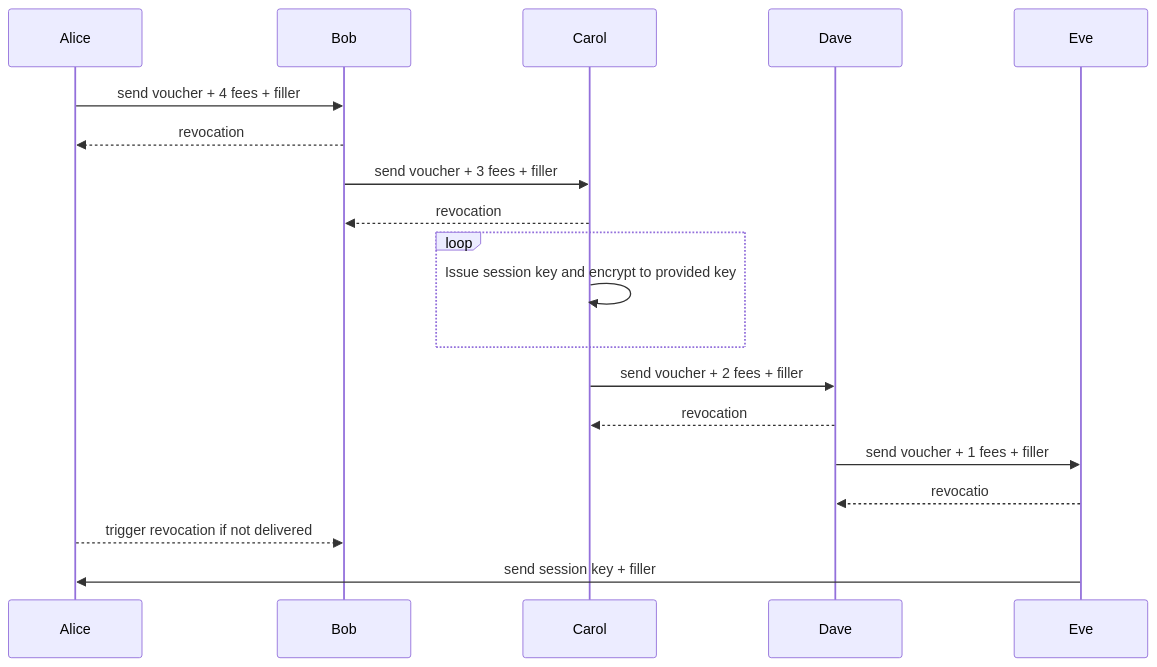
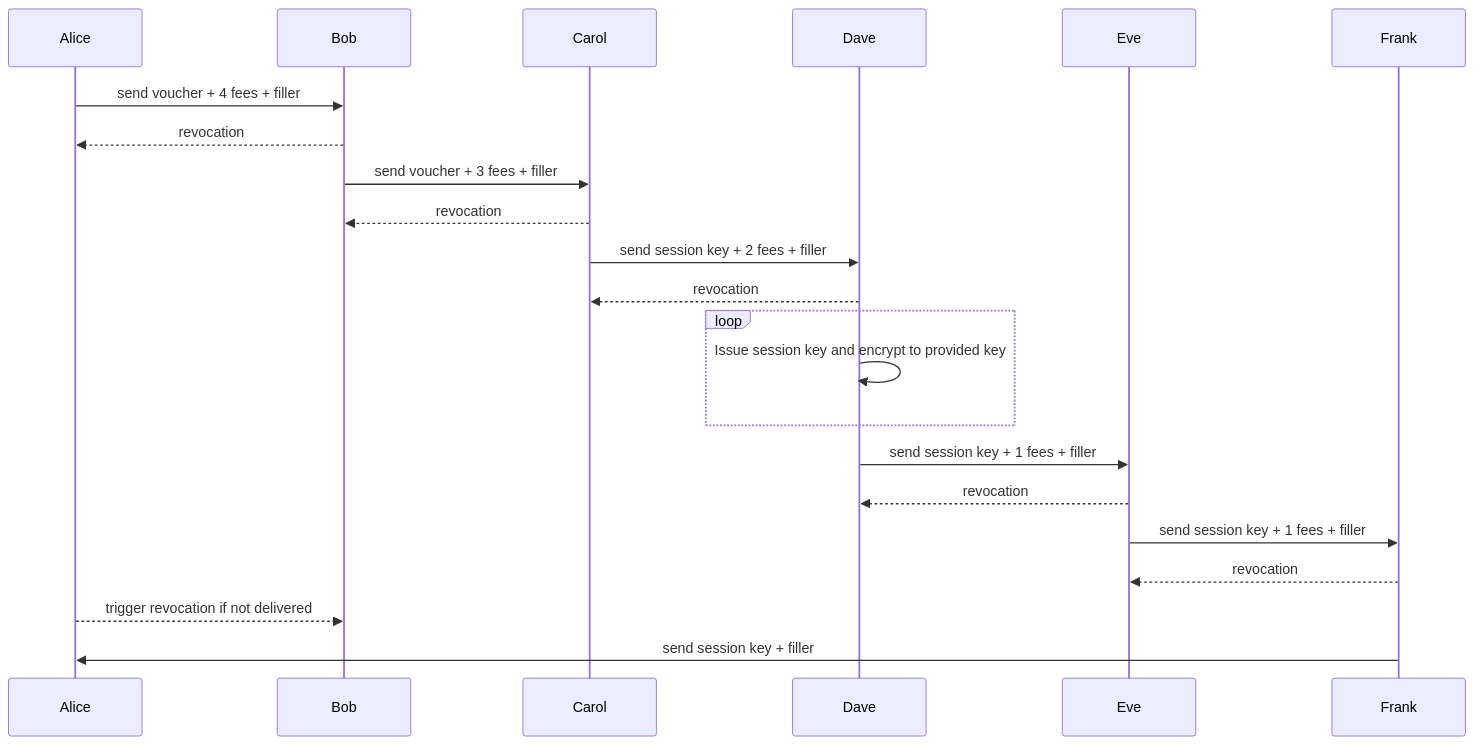
One commit to indra-labs/indra changed the second of 2 diagrams in doc/whitepaper.md. Above: the diagram before and after it, drawn with Mermaid. The commit also changed other lines of this file and 1 other file, not shown here.

````diff
--- a/doc/whitepaper.md
+++ b/doc/whitepaper.md
@@ -129,18 +131,19 @@
 ```mermaid
   sequenceDiagram
     Alice->>Bob: send voucher + 4 fees + filler
     Bob-->>Alice: revocation
     Bob->>Carol: send voucher + 3 fees + filler
     Carol-->>Bob: revocation
+    Carol->>Dave: send session key + 2 fees + filler
+    Dave-->>Carol: revocation
     loop
-    	Carol->>Carol: Issue session key and encrypt to provided key
+    	Dave->>Dave: Issue session key and encrypt to provided key
     end
-    Carol->>Dave: send voucher + 2 fees + filler
-    Dave-->>Carol: revocation
-    Dave->>Eve: send voucher + 1 fees + filler
-    Eve-->>Dave: revocatio
-
+    Dave->>Eve: send session key + 1 fees + filler
+    Eve-->>Dave: revocation
+	Eve->>Frank: send session key + 1 fees + filler
+	Frank-->>Eve: revocation
     Alice-->>Bob: trigger revocation if not delivered
-    Eve->>Alice: send session key + filler
+    Frank->>Alice: send session key + filler
 	
 ```
````
